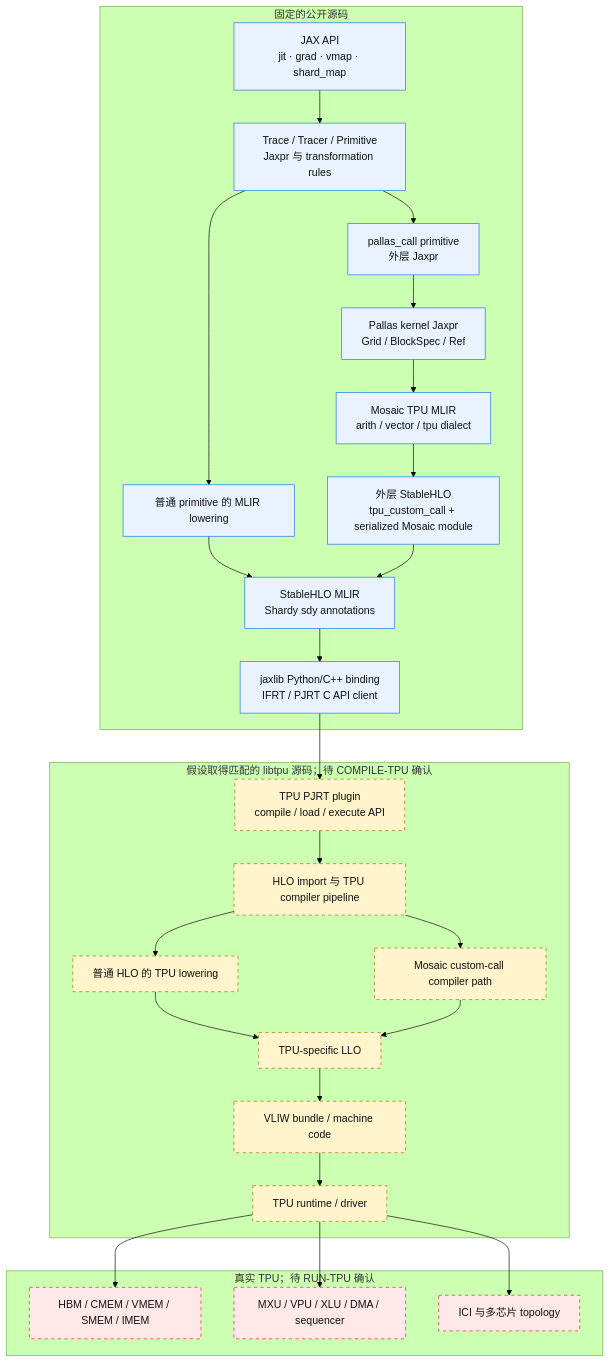
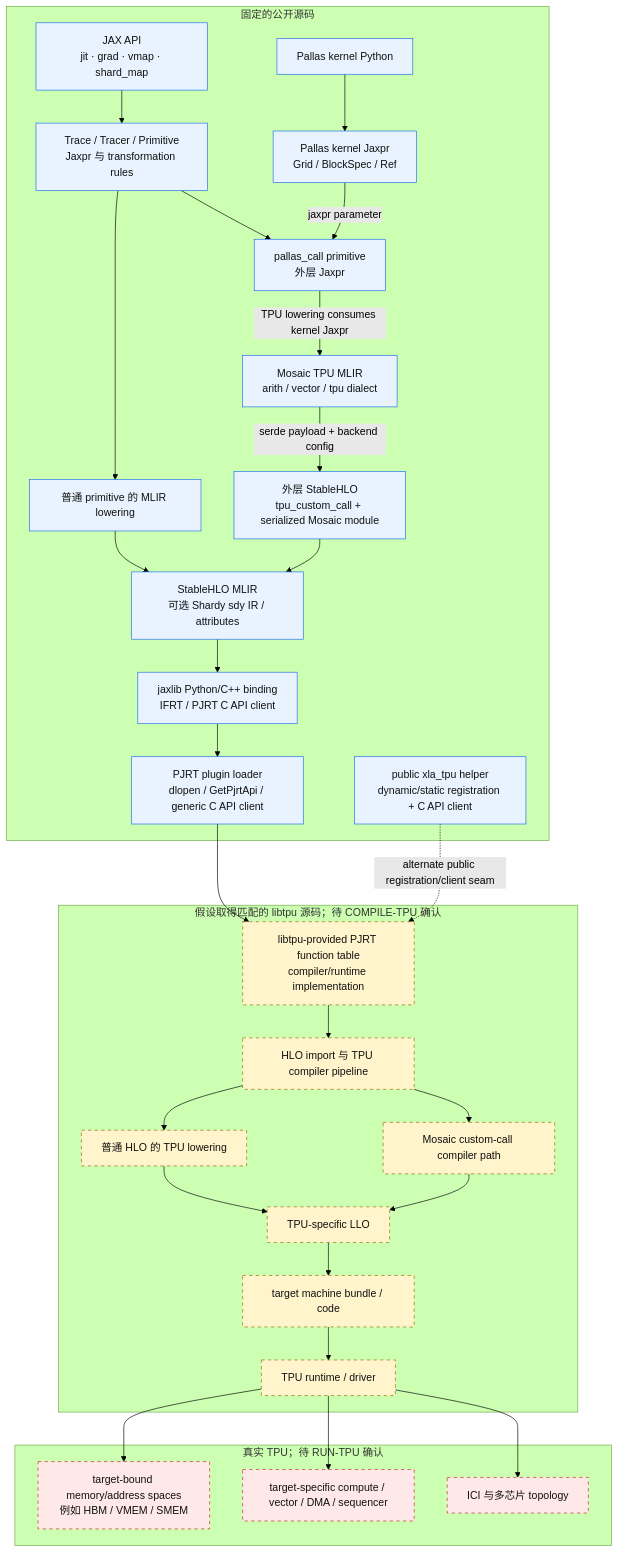
Before and after one commit to 0xaskr/jax-source-analysis: the first of 2 diagrams in docs/architecture/00-whole-stack.md, drawn with Mermaid (forest theme). The commit also changed other lines of this file and 40 other files, not shown here.

````diff
--- a/docs/architecture/00-whole-stack.md
+++ b/docs/architecture/00-whole-stack.md
@@ -23,49 +24,56 @@
 ```mermaid
 flowchart TB
   subgraph PUB["固定的公开源码"]
     API["JAX API<br/>jit · grad · vmap · shard_map"]
     TRANS["Trace / Tracer / Primitive<br/>Jaxpr 与 transformation rules"]
     REG["普通 primitive 的 MLIR lowering"]
     PCALL["pallas_call primitive<br/>外层 Jaxpr"]
+    KERNEL["Pallas kernel Python"]
     KJAXPR["Pallas kernel Jaxpr<br/>Grid / BlockSpec / Ref"]
     MOSAIC["Mosaic TPU MLIR<br/>arith / vector / tpu dialect"]
     CC["外层 StableHLO<br/>tpu_custom_call + serialized Mosaic module"]
-    SHLO["StableHLO MLIR<br/>Shardy sdy annotations"]
+    SHLO["StableHLO MLIR<br/>可选 Shardy sdy IR / attributes"]
     HOST["jaxlib Python/C++ binding<br/>IFRT / PJRT C API client"]
+    LOADER["PJRT plugin loader<br/>dlopen / GetPjrtApi / generic C API client"]
+    TPUADAPTER["public xla_tpu helper<br/>dynamic/static registration + C API client"]
   end
 
   subgraph LT["假设取得匹配的 libtpu 源码；待 COMPILE-TPU 确认"]
-    PLUGIN["TPU PJRT plugin<br/>compile / load / execute API"]
+    PLUGIN["libtpu-provided PJRT function table<br/>compiler/runtime implementation"]
     HLO["HLO import 与 TPU compiler pipeline"]
     REGTPU["普通 HLO 的 TPU lowering"]
     MOSTPU["Mosaic custom-call compiler path"]
     LLO["TPU-specific LLO"]
-    BUNDLE["VLIW bundle / machine code"]
+    BUNDLE["target machine bundle / code"]
     RT["TPU runtime / driver"]
   end
 
   subgraph DEV["真实 TPU；待 RUN-TPU 确认"]
-    MEM["HBM / CMEM / VMEM / SMEM / IMEM"]
-    UNITS["MXU / VPU / XLU / DMA / sequencer"]
+    MEM["target-bound memory/address spaces<br/>例如 HBM / VMEM / SMEM"]
+    UNITS["target-specific compute / vector / DMA / sequencer"]
     FABRIC["ICI 与多芯片 topology"]
   end
 
   API --> TRANS
   TRANS --> REG --> SHLO
-  TRANS --> PCALL --> KJAXPR --> MOSAIC --> CC
+  TRANS --> PCALL
+  KERNEL --> KJAXPR -->|"jaxpr parameter"| PCALL
+  PCALL -->|"TPU lowering consumes kernel Jaxpr"| MOSAIC
+  MOSAIC -->|"serde payload + backend config"| CC
   CC --> SHLO
-  SHLO --> HOST --> PLUGIN --> HLO
+  SHLO --> HOST --> LOADER --> PLUGIN --> HLO
+  TPUADAPTER -. "alternate public registration/client seam" .-> PLUGIN
   HLO --> REGTPU --> LLO
   HLO --> MOSTPU --> LLO
   LLO --> BUNDLE --> RT
   RT --> MEM
   RT --> UNITS
   RT --> FABRIC
 
   classDef public fill:#e8f3ff,stroke:#1f6feb,color:#111;
   classDef assumed fill:#fff4cc,stroke:#9a6700,color:#111,stroke-dasharray:5 5;
   classDef device fill:#ffe8e8,stroke:#cf222e,color:#111,stroke-dasharray:5 5;
-  class API,TRANS,REG,PCALL,KJAXPR,MOSAIC,CC,SHLO,HOST public;
+  class API,TRANS,REG,PCALL,KERNEL,KJAXPR,MOSAIC,CC,SHLO,HOST,LOADER,TPUADAPTER public;
   class PLUGIN,HLO,REGTPU,MOSTPU,LLO,BUNDLE,RT assumed;
   class MEM,UNITS,FABRIC device;
 ```
````
